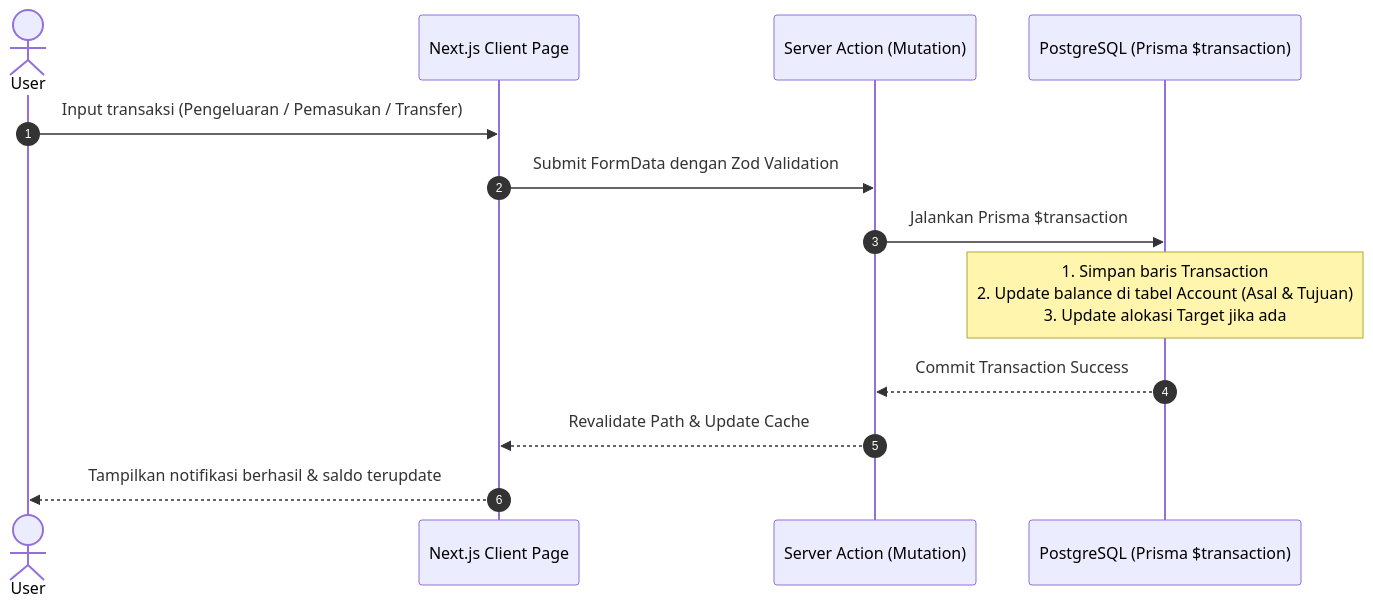
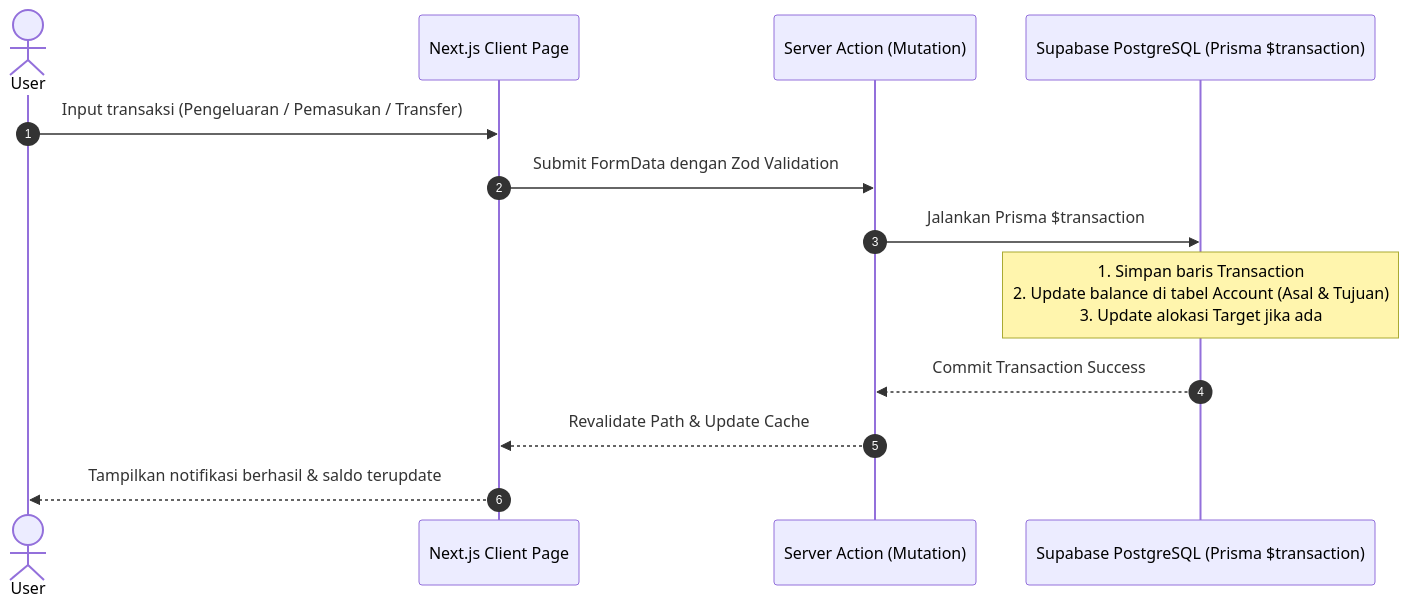
Before and after one commit to Haerulanwar05/finance-tracker: the third of 5 diagrams in docs/ARCHITECTURE.md, drawn with Mermaid. The commit also changed other lines of this file and 7 other files, not shown here.

````diff
--- a/docs/ARCHITECTURE.md
+++ b/docs/ARCHITECTURE.md
@@ -57,16 +82,16 @@
 ```mermaid
 sequenceDiagram
     autonumber
     actor U as User
     participant UI as Next.js Client Page
     participant SA as Server Action (Mutation)
-    participant DB as PostgreSQL (Prisma $transaction)
+    participant DB as Supabase PostgreSQL (Prisma $transaction)
 
     U->>UI: Input transaksi (Pengeluaran / Pemasukan / Transfer)
     UI->>SA: Submit FormData dengan Zod Validation
     SA->>DB: Jalankan Prisma $transaction
     Note over DB: 1. Simpan baris Transaction<br/>2. Update balance di tabel Account (Asal & Tujuan)<br/>3. Update alokasi Target jika ada
     DB-->>SA: Commit Transaction Success
     SA-->>UI: Revalidate Path & Update Cache
     UI-->>U: Tampilkan notifikasi berhasil & saldo terupdate
 ```
````
